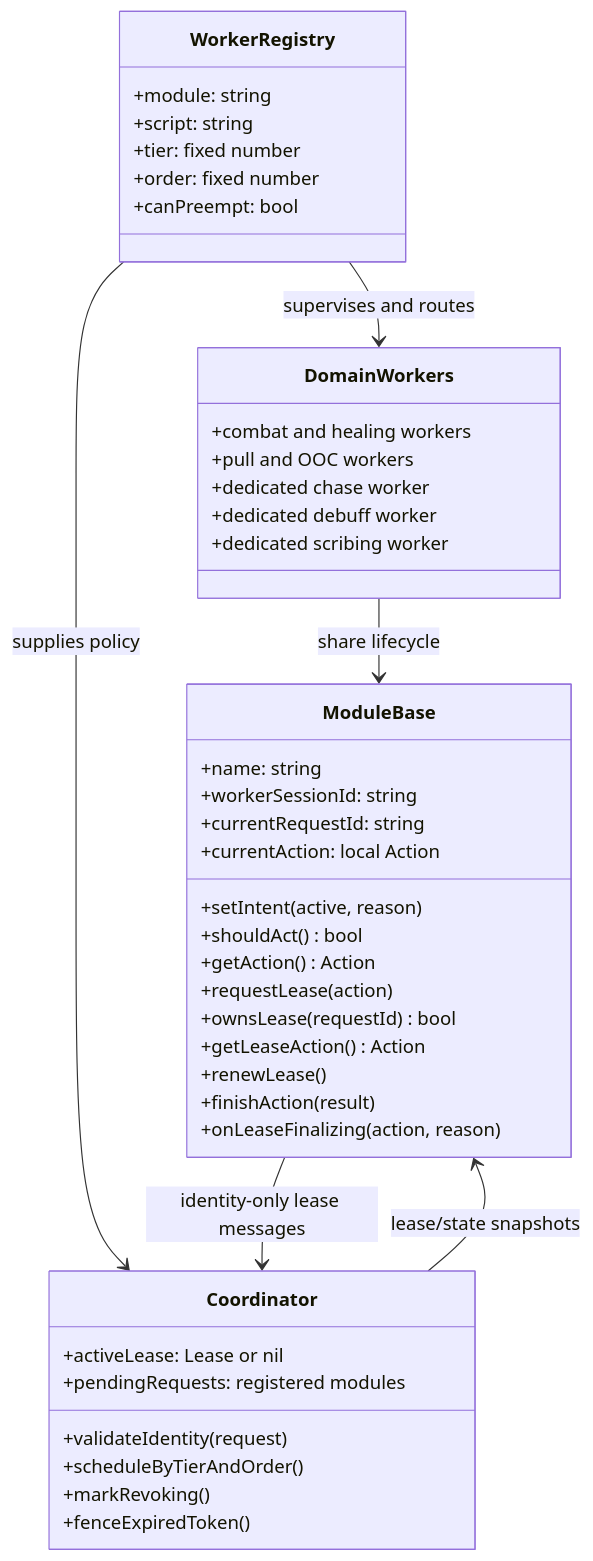
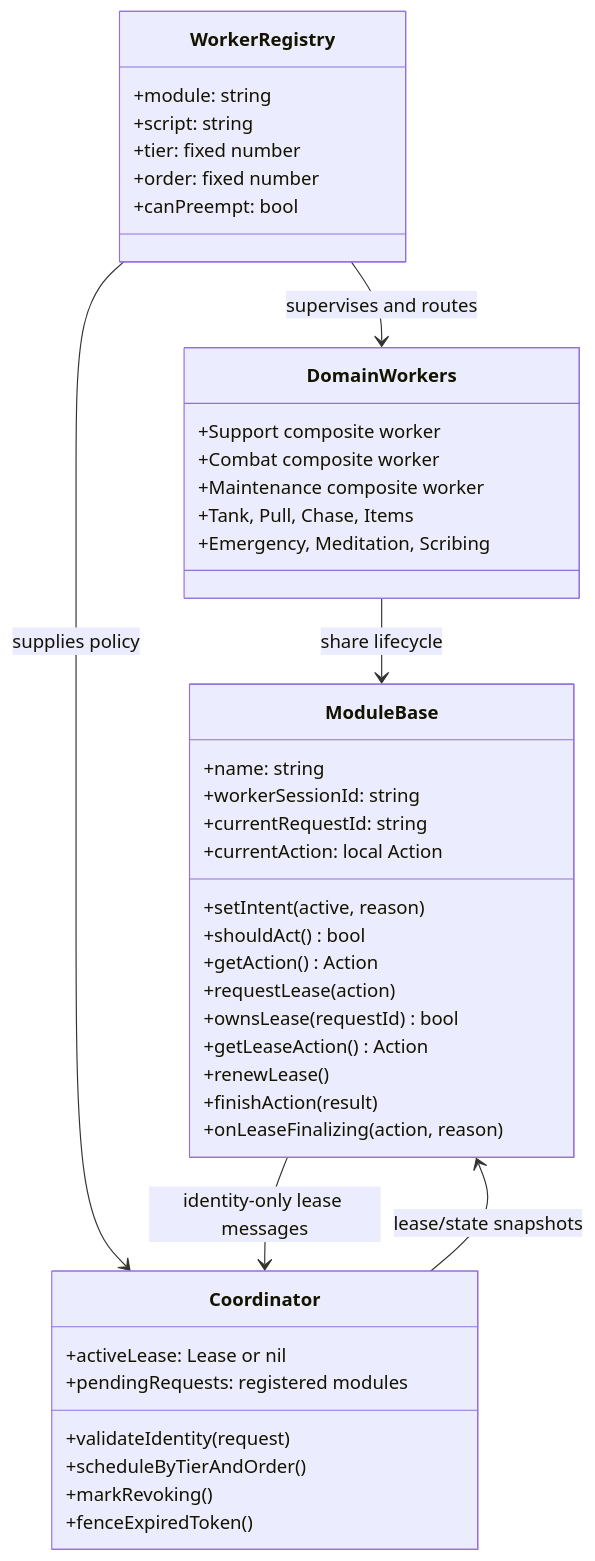
One commit to daly101010/sidekick-next changed the eighth of 9 diagrams in docs/USER_GUIDE.md. Above: the diagram before and after it, drawn with Mermaid. The commit also changed other lines of this file and 115 other files, not shown here.

````diff
--- a/docs/USER_GUIDE.md
+++ b/docs/USER_GUIDE.md
@@ -891,49 +982,49 @@
 ```mermaid
 classDiagram
     class ModuleBase {
         +name: string
         +workerSessionId: string
         +currentRequestId: string
         +currentAction: local Action
         +setIntent(active, reason)
         +shouldAct() bool
         +getAction() Action
         +requestLease(action)
         +ownsLease(requestId) bool
         +getLeaseAction() Action
         +renewLease()
         +finishAction(result)
         +onLeaseFinalizing(action, reason)
     }
 
     class WorkerRegistry {
         +module: string
         +script: string
         +tier: fixed number
         +order: fixed number
         +canPreempt: bool
     }
 
     class Coordinator {
         +activeLease: Lease or nil
         +pendingRequests: registered modules
         +validateIdentity(request)
         +scheduleByTierAndOrder()
         +markRevoking()
         +fenceExpiredToken()
     }
 
     class DomainWorkers {
-        +combat and healing workers
-        +pull and OOC workers
-        +dedicated chase worker
-        +dedicated debuff worker
-        +dedicated scribing worker
+        +Support composite worker
+        +Combat composite worker
+        +Maintenance composite worker
+        +Tank, Pull, Chase, Items
+        +Emergency, Meditation, Scribing
     }
 
     DomainWorkers --> ModuleBase : share lifecycle
     WorkerRegistry --> Coordinator : supplies policy
     WorkerRegistry --> DomainWorkers : supervises and routes
     ModuleBase --> Coordinator : identity-only lease messages
     Coordinator --> ModuleBase : lease/state snapshots
 ```
````
